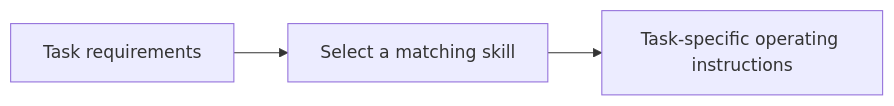
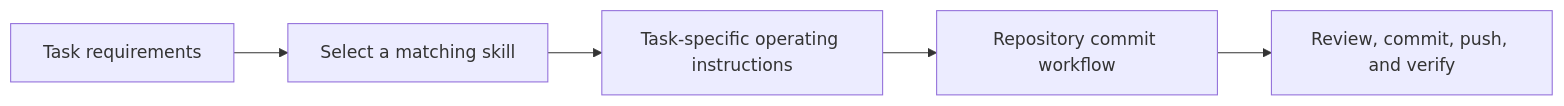
The diagram in .agents/skills/readme.md (anoblet/copilot), drawn with Mermaid before and after one commit. The commit also changed other lines of this file and 4 other files, not shown here.

````diff
--- a/.agents/skills/readme.md
+++ b/.agents/skills/readme.md
@@ -6,5 +6,7 @@
 ```mermaid
 flowchart LR
     A["Task requirements"] --> B["Select a matching skill"]
     B --> C["Task-specific operating instructions"]
+    C --> D["Repository commit workflow"]
+    D --> E["Review, commit, push, and verify"]
 ```
````
